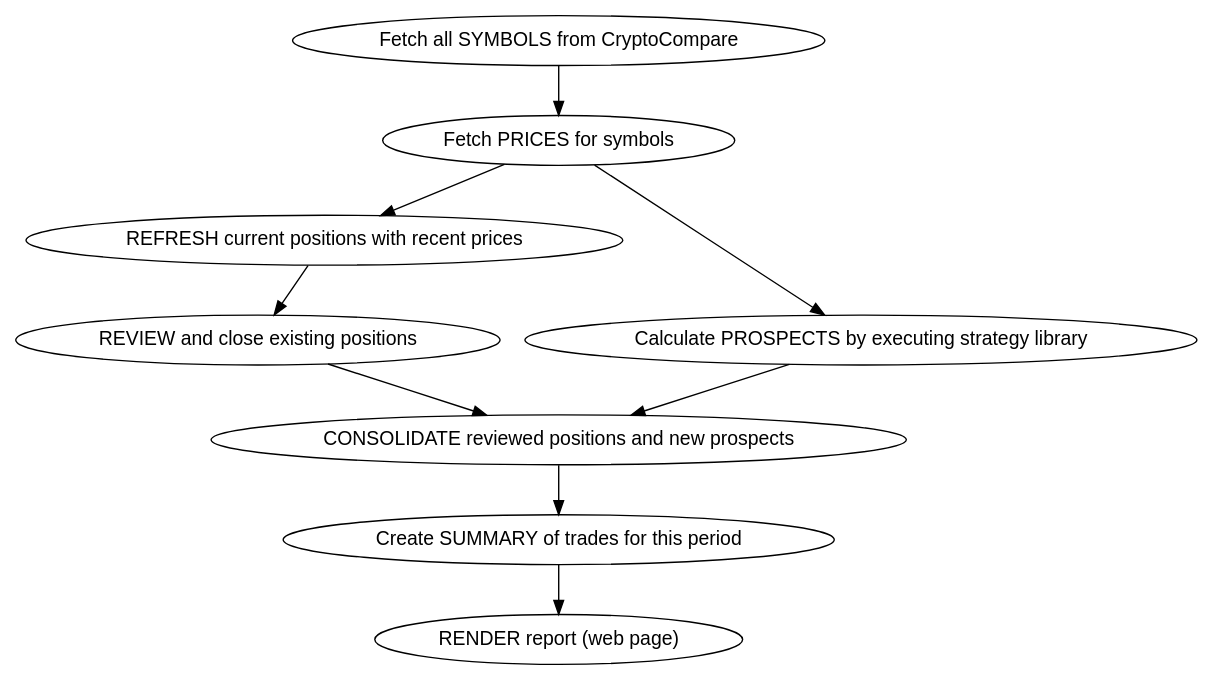
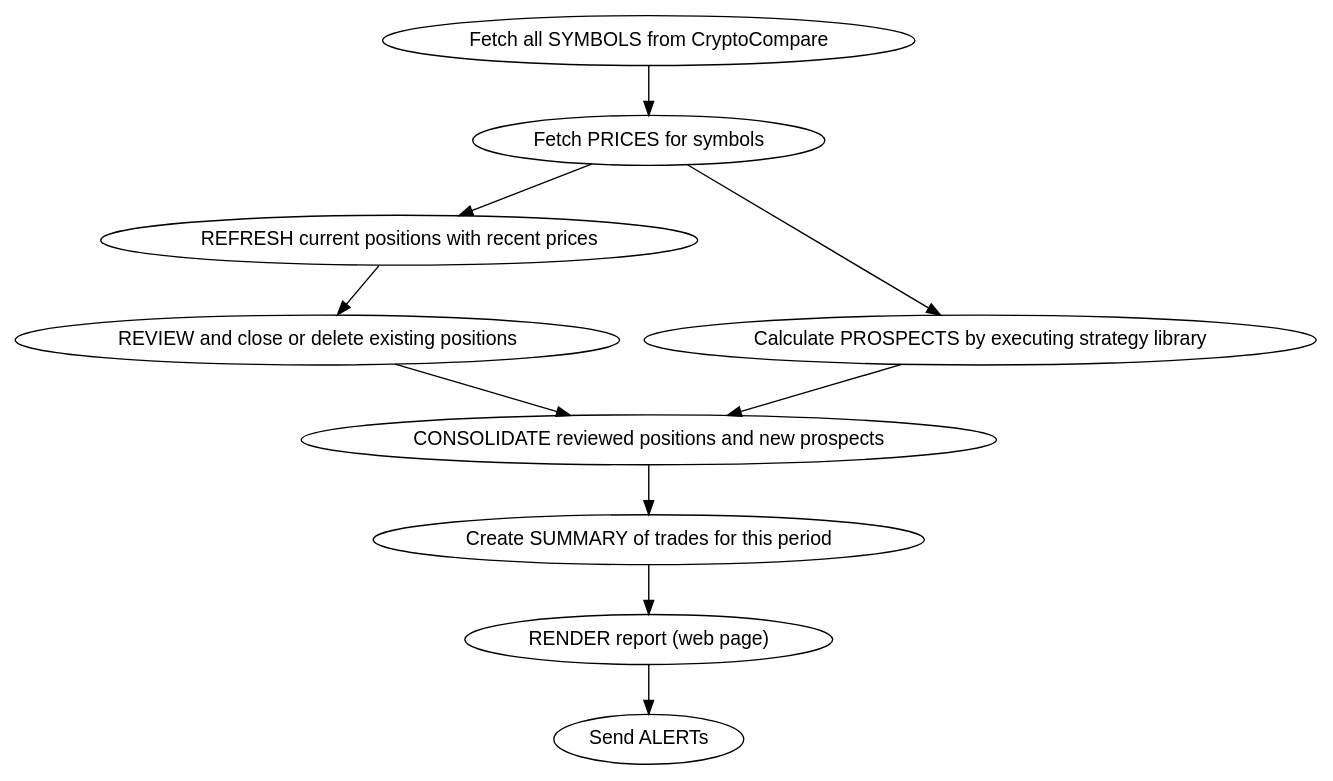
Before and after one commit to deanturpin/handt: the diagram in doc/handt.dot, drawn with Graphviz. The commit also changed 4 other files, not shown here.

```diff
--- a/doc/handt.dot
+++ b/doc/handt.dot
@@ -1,19 +1,20 @@
 digraph {
 
   node [fontname=Helvetica]
 
   "Fetch all SYMBOLS from CryptoCompare"
     -> "Fetch PRICES for symbols"
     -> "REFRESH current positions with recent prices"
-    -> "REVIEW and close existing positions"
+    -> "REVIEW and close or delete existing positions"
 
   "Fetch PRICES for symbols"
     -> "Calculate PROSPECTS by executing strategy library"
     -> "CONSOLIDATE reviewed positions and new prospects"
 
   // Consolidate takes review and new
-  "REVIEW and close existing positions"
+  "REVIEW and close or delete existing positions"
     -> "CONSOLIDATE reviewed positions and new prospects"
     -> "Create SUMMARY of trades for this period"
     -> "RENDER report (web page)"
+    -> "Send ALERTs"
 }
```
